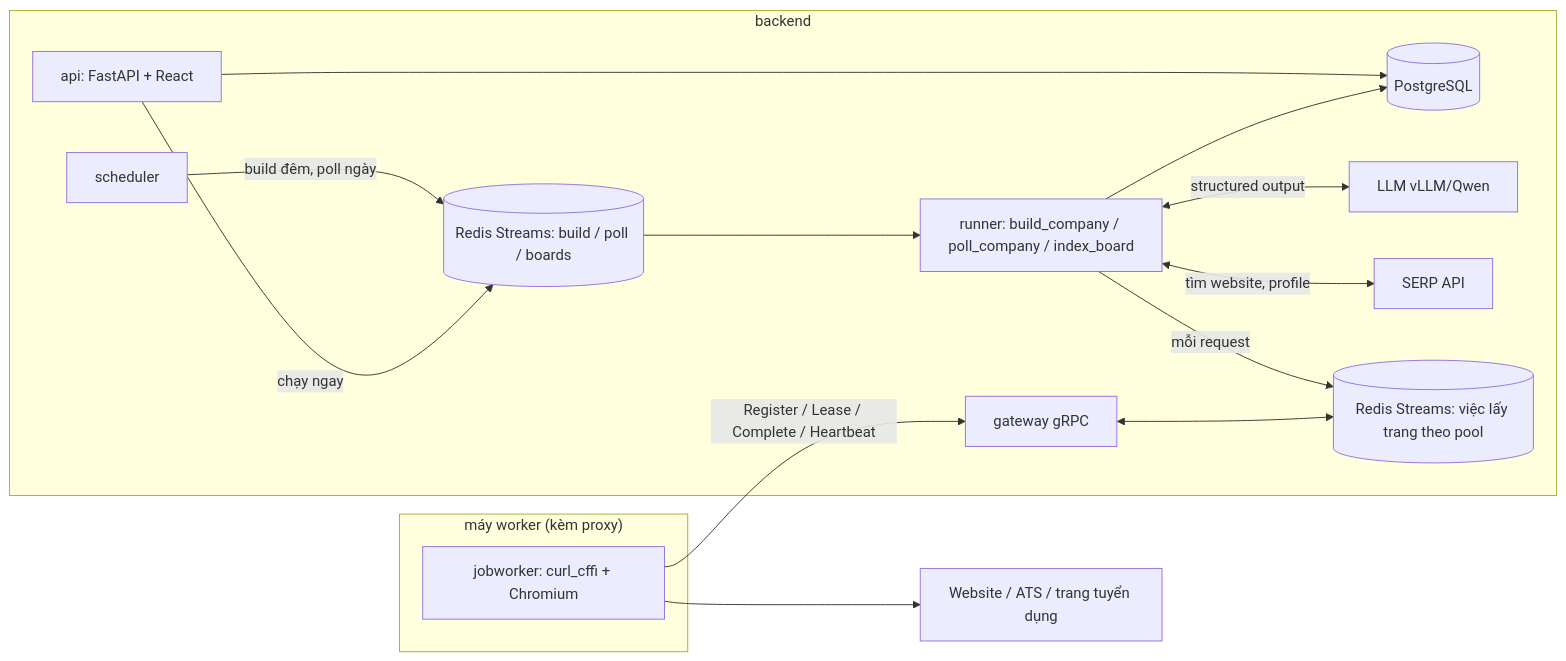
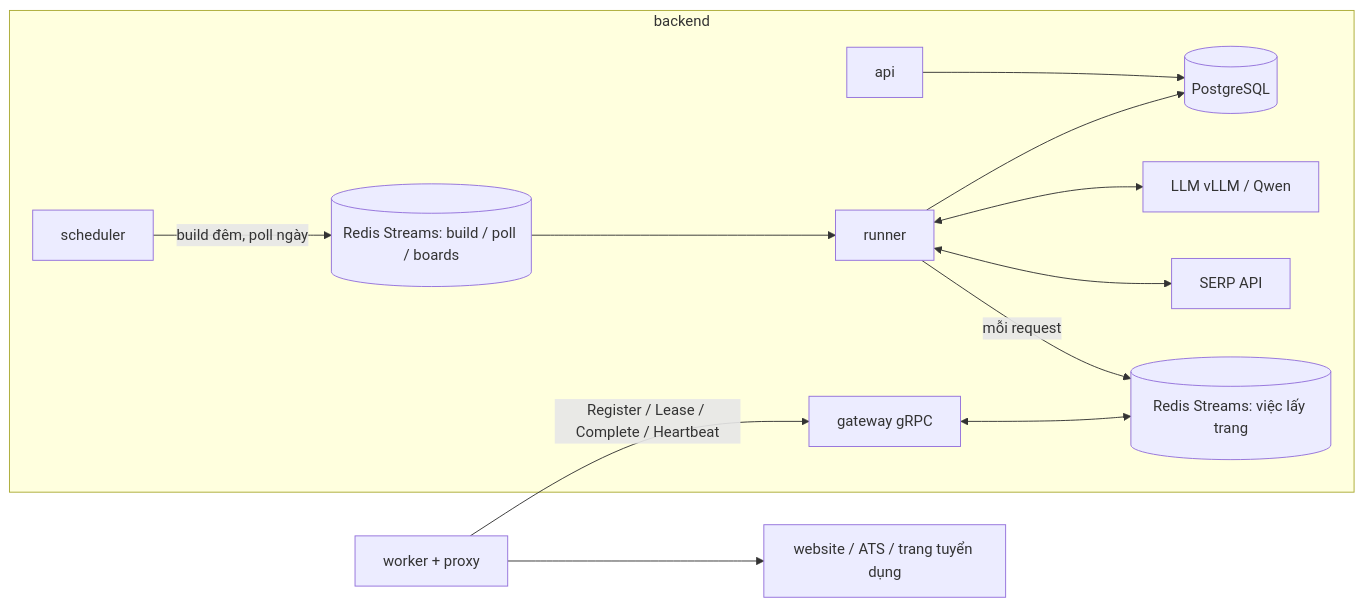
Before and after one commit to ntthanh2603/job-crawler: the first of 2 diagrams in docs/ARCHITECTURE.md, drawn with Mermaid. The commit also changed other lines of this file and 3 other files, not shown here.

First line of the commit message:
docs: shorter architecture / operations / deploy docs with scale tiers

````diff
--- a/docs/ARCHITECTURE.md
+++ b/docs/ARCHITECTURE.md
@@ -36,18 +27,14 @@
 ```mermaid
 flowchart LR
   subgraph backend
-    API[api: FastAPI + React] --> DB[(PostgreSQL)]
+    API[api] --> DB[(PostgreSQL)]
     SCH[scheduler] -->|build đêm, poll ngày| Q[(Redis Streams: build / poll / boards)]
-    API -->|chạy ngay| Q
-    Q --> RUN[runner: build_company / poll_company / index_board]
-    RUN --> DB
-    RUN <-->|structured output| LLM[LLM vLLM/Qwen]
-    RUN <-->|tìm website, profile| SERP[SERP API]
-    RUN -->|mỗi request| FQ[(Redis Streams: việc lấy trang theo pool)]
+    Q --> RUN[runner] --> DB
+    RUN <--> LLM[LLM vLLM / Qwen]
+    RUN <--> SERP[SERP API]
+    RUN -->|mỗi request| FQ[(Redis Streams: việc lấy trang)]
     GW[gateway gRPC] <--> FQ
   end
-  subgraph "máy worker (kèm proxy)"
-    W[jobworker: curl_cffi + Chromium] -->|Register / Lease / Complete / Heartbeat| GW
-  end
-  W --> SITES[Website / ATS / trang tuyển dụng]
+  W[worker + proxy] -->|Register / Lease / Complete / Heartbeat| GW
+  W --> SITES[website / ATS / trang tuyển dụng]
 ```
````
